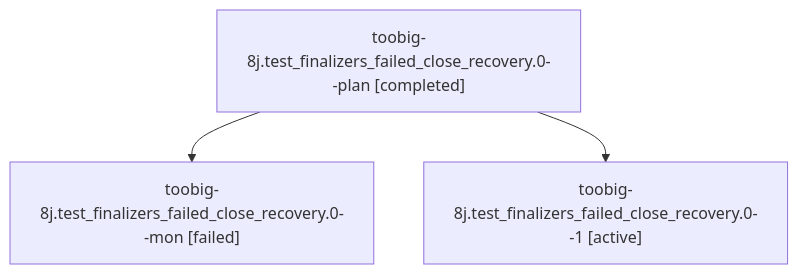
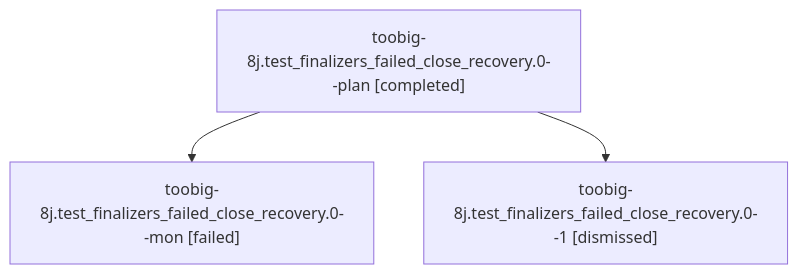
One commit to sase-org/sase--agents changed the diagram in sessions/bbugyi200.athena.toobig-8j.test_finalizers_failed_close_recovery.0.md. Above: the diagram before and after it, drawn with Mermaid. The commit also changed other lines of this file and 26 other files, not shown here.

````diff
--- a/sessions/bbugyi200.athena.toobig-8j.test_finalizers_failed_close_recovery.0.md
+++ b/sessions/bbugyi200.athena.toobig-8j.test_finalizers_failed_close_recovery.0.md
@@ -9,8 +9,8 @@
 ```mermaid
 flowchart TD
   n0["toobig-8j.test_finalizers_failed_close_recovery.0--plan [completed]"]
   n1["toobig-8j.test_finalizers_failed_close_recovery.0--mon [failed]"]
   n0 --> n1
-  n2["toobig-8j.test_finalizers_failed_close_recovery.0--1 [active]"]
+  n2["toobig-8j.test_finalizers_failed_close_recovery.0--1 [dismissed]"]
   n0 --> n2
 ```
````
